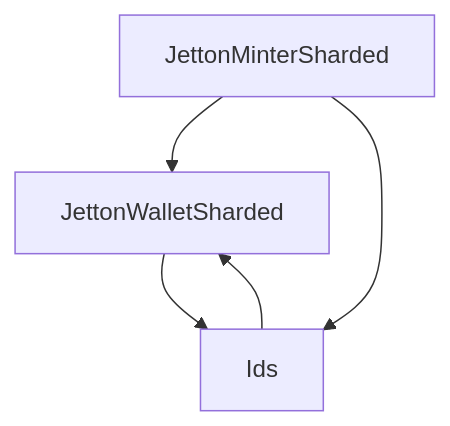
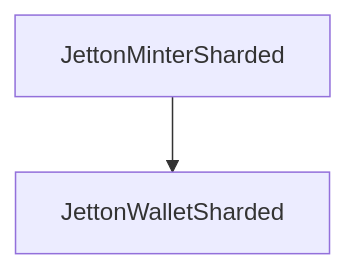
One commit to ankitgahlyan/phosphate changed the second of 2 diagrams in build/root/Root_JettonMinterSharded.md. Above: the diagram before and after it, drawn with Mermaid. The commit also changed other lines of this file and 21 other files, not shown here.

````diff
--- a/build/root/Root_JettonMinterSharded.md
+++ b/build/root/Root_JettonMinterSharded.md
@@ -376,8 +376,5 @@
 ```mermaid
 graph TD
 JettonMinterSharded
 JettonMinterSharded --> JettonWalletSharded
-JettonWalletSharded --> Ids
-Ids --> JettonWalletSharded
-JettonMinterSharded --> Ids
 ```
````
